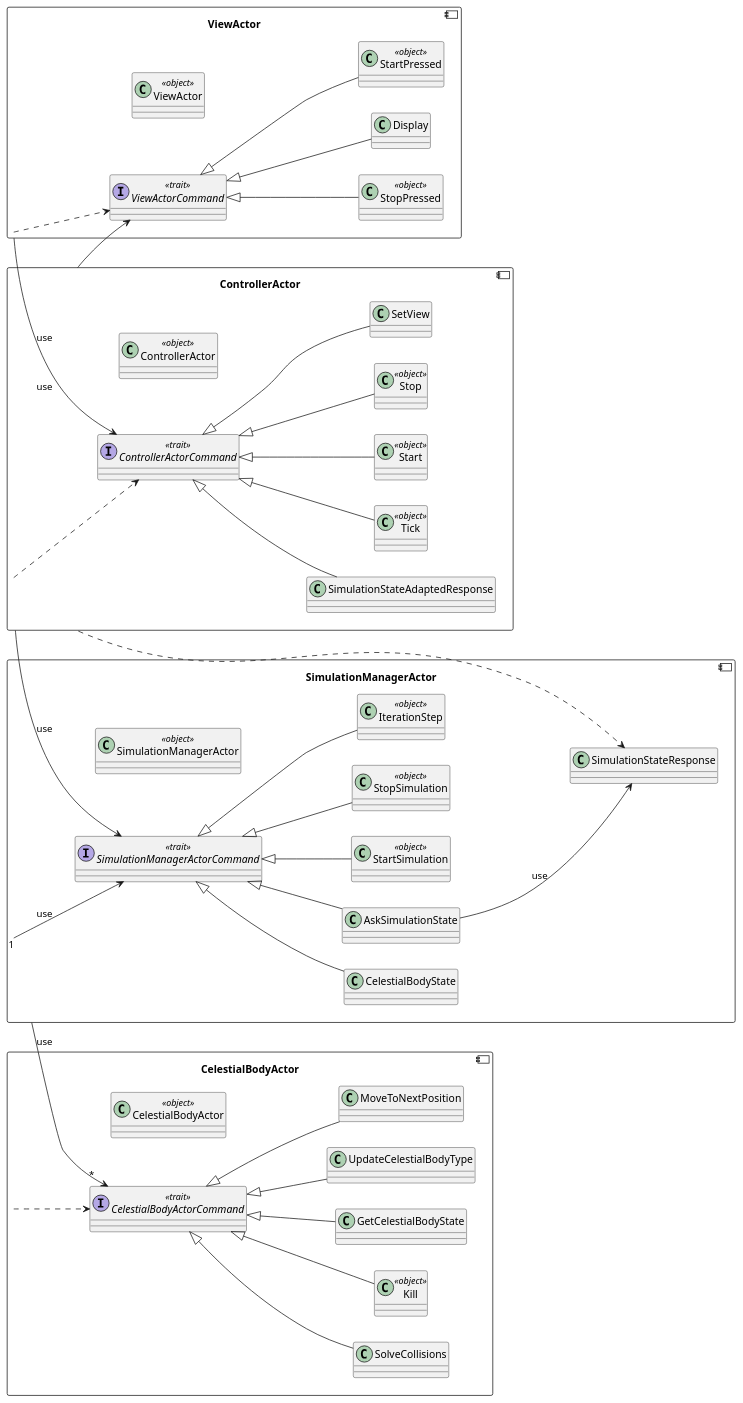
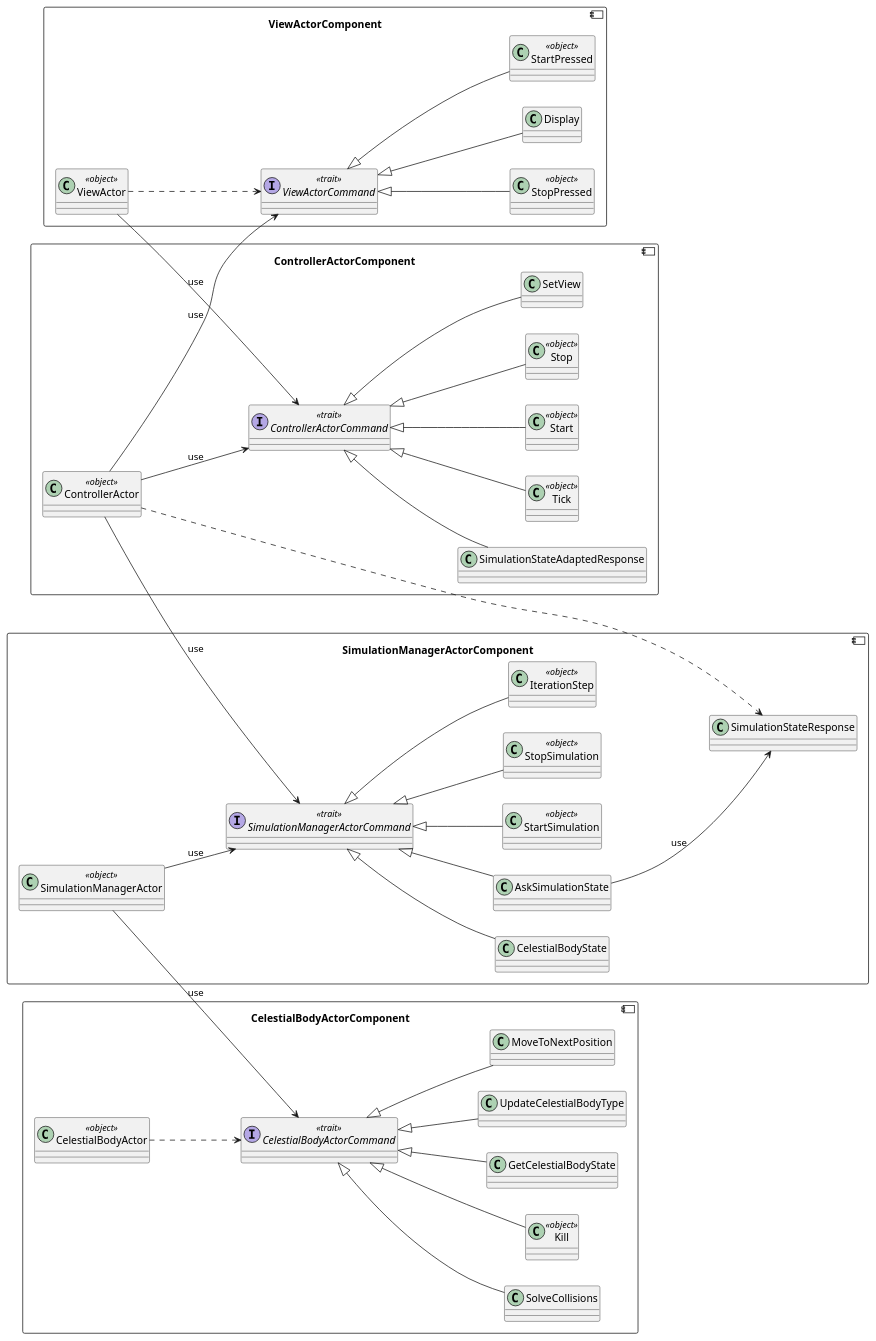
One commit to FilippoVissani/PPS-22-galaxy-sim changed the diagram in UML_diagrams/actors_class_diagram.puml. Above: the diagram before and after it, drawn with PlantUML. The commit also changed 1 other file, not shown here.

Commit message:
redefined actors class diagram. Added model_class_diagram.

```diff
--- a/UML_diagrams/actors_class_diagram.puml
+++ b/UML_diagrams/actors_class_diagram.puml
@@ -1,56 +1,56 @@
 @startuml
 
 left to right direction
 
-component ViewActor {
+component ViewActorComponent {
   class ViewActor << object >>
   interface ViewActorCommand << trait >>
   class Display extends ViewActorCommand
   class StartPressed << object >> extends ViewActorCommand
   class StopPressed << object >> extends ViewActorCommand
 }
 
-component ControllerActor{
+component ControllerActorComponent {
   class ControllerActor << object >>
   interface ControllerActorCommand << trait >>
   class Start << object >> extends ControllerActorCommand
   class Stop << object >> extends ControllerActorCommand
   class SetView extends ControllerActorCommand
   class SimulationStateAdaptedResponse extends ControllerActorCommand
   class Tick << object >> extends ControllerActorCommand
 }
 
-component SimulationManagerActor{
+component SimulationManagerActorComponent {
   class SimulationManagerActor << object >>
   interface SimulationManagerActorCommand << trait >>
   class StartSimulation << object >> extends SimulationManagerActorCommand
   class StopSimulation << object >> extends SimulationManagerActorCommand
   class IterationStep << object >> extends SimulationManagerActorCommand
   class CelestialBodyState extends SimulationManagerActorCommand
   class AskSimulationState extends SimulationManagerActorCommand
   class SimulationStateResponse
 }
 AskSimulationState --> SimulationStateResponse : use
 ControllerActor ..> SimulationStateResponse
 
-component CelestialBodyActor {
+component CelestialBodyActorComponent {
   class CelestialBodyActor << object >>
   interface CelestialBodyActorCommand << trait >>
   class GetCelestialBodyState extends CelestialBodyActorCommand
   class UpdateCelestialBodyType extends CelestialBodyActorCommand
   class MoveToNextPosition extends CelestialBodyActorCommand
   class SolveCollisions extends CelestialBodyActorCommand
   class Kill << object >> extends CelestialBodyActorCommand
 }
 
 ViewActor ..> ViewActorCommand
-ControllerActor ..> ControllerActorCommand
+ControllerActor --> ControllerActorCommand : use
 SimulationManagerActor --> SimulationManagerActorCommand : use
 CelestialBodyActor ..> CelestialBodyActorCommand
 
 ViewActor --> ControllerActorCommand : use
 ControllerActor --> ViewActorCommand : use
 ControllerActor --> SimulationManagerActorCommand : use
-SimulationManagerActor "1"-->"*" CelestialBodyActorCommand : use
+SimulationManagerActor --> CelestialBodyActorCommand : use
 
 @enduml
```
